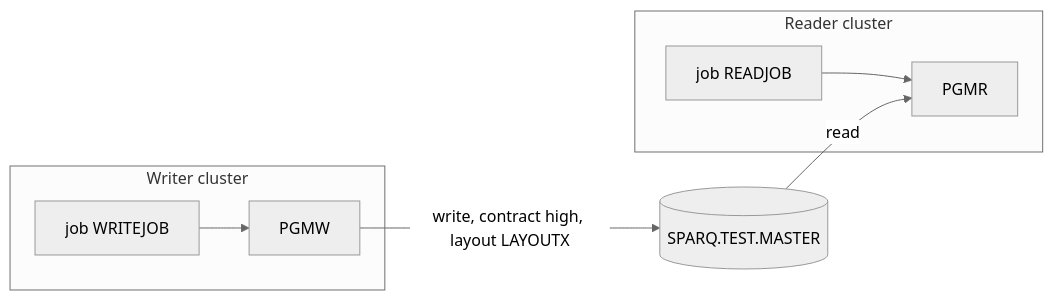
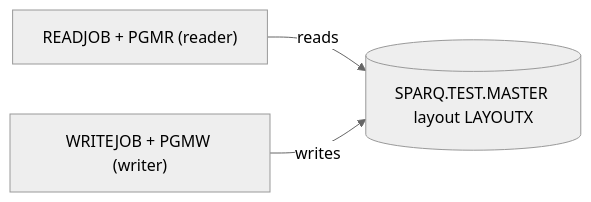
One commit to Sparq-Holding-Inc/claude-legacy-modernization changed the diagram in evals/runs/06-contract-match/modernization-assessment/02-coupling.md. Above: the diagram before and after it, drawn with Mermaid (neutral theme). The commit also changed other lines of this file and 268 other files, not shown here.

````diff
--- a/evals/runs/06-contract-match/modernization-assessment/02-coupling.md
+++ b/evals/runs/06-contract-match/modernization-assessment/02-coupling.md
@@ -67,11 +28,5 @@
 ```mermaid
 graph LR
-  subgraph WRITER[Writer cluster]
-    WJ[job WRITEJOB] --> PW[PGMW]
-  end
-  subgraph READER[Reader cluster]
-    RJ[job READJOB] --> PR[PGMR]
-  end
-  PW -- "write, contract high, layout LAYOUTX" --> DS[(SPARQ.TEST.MASTER)]
-  DS -- "read" --> PR
+  R["READJOB + PGMR (reader)"] -- reads --> D[("SPARQ.TEST.MASTER layout LAYOUTX")]
+  W["WRITEJOB + PGMW (writer)"] -- writes --> D
 ```
````
